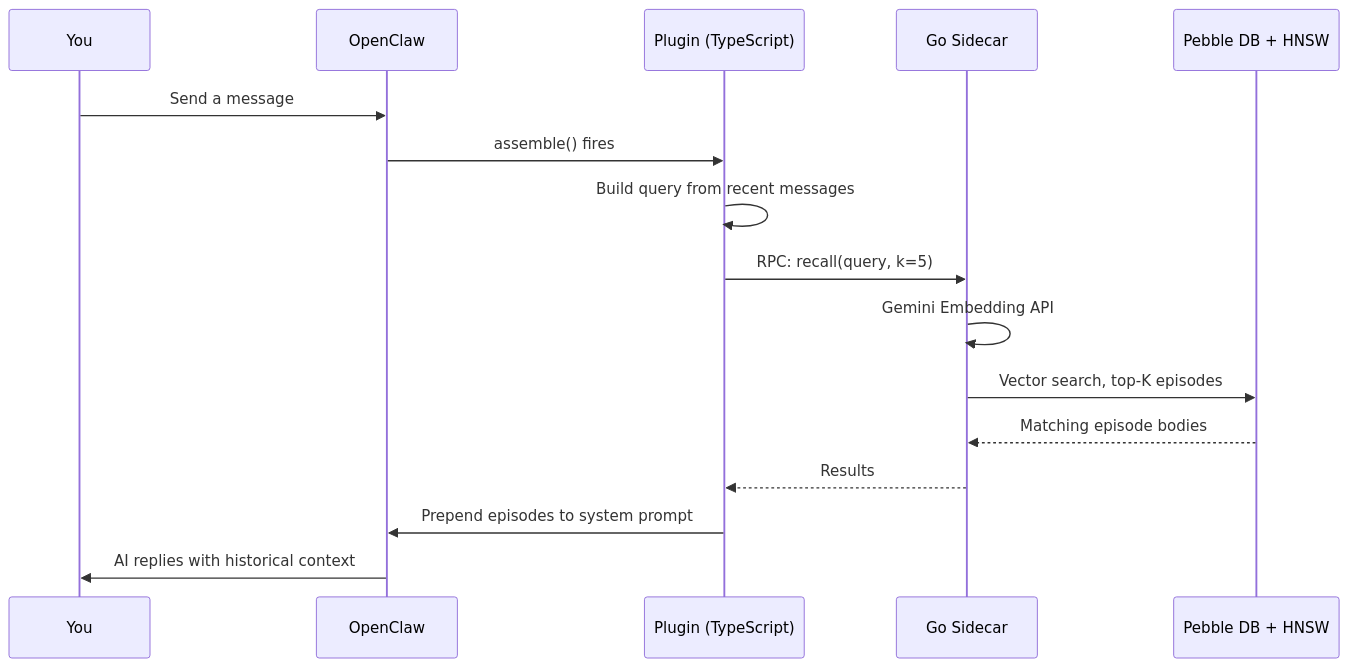
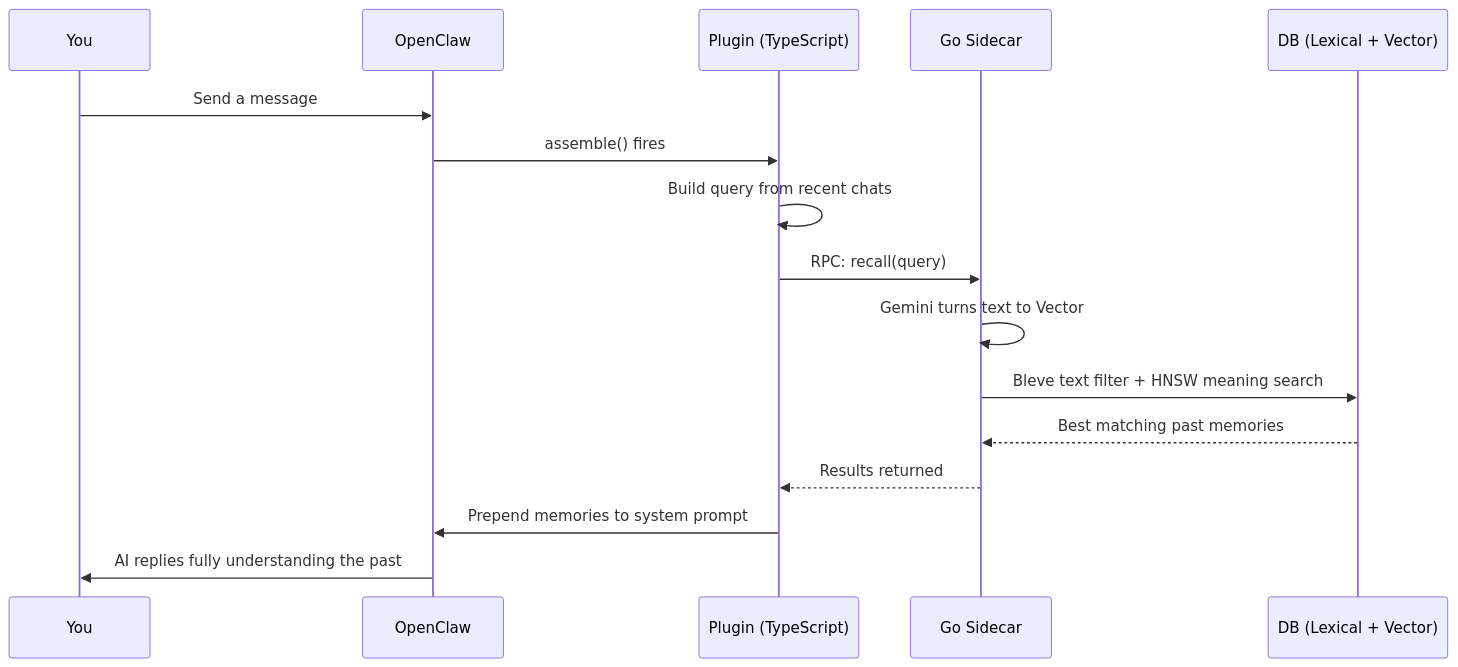
One commit to YoshiaKefasu/episodic-claw changed the diagram in README.md. Above: the diagram before and after it, drawn with Mermaid. The commit also changed other lines of this file and 6 other files, not shown here.

````diff
--- a/README.md
+++ b/README.md
@@ -47,19 +45,19 @@
 ```mermaid
 sequenceDiagram
     participant You
     participant OpenClaw
     participant TS as Plugin (TypeScript)
     participant Go as Go Sidecar
-    participant DB as Pebble DB + HNSW
+    participant DB as DB (Lexical + Vector)
 
     You->>OpenClaw: Send a message
     OpenClaw->>TS: assemble() fires
-    TS->>TS: Build query from recent messages
-    TS->>Go: RPC: recall(query, k=5)
-    Go->>Go: Gemini Embedding API
-    Go->>DB: Vector search, top-K episodes
-    DB-->>Go: Matching episode bodies
-    Go-->>TS: Results
-    TS->>OpenClaw: Prepend episodes to system prompt
-    OpenClaw->>You: AI replies with historical context
+    TS->>TS: Build query from recent chats
+    TS->>Go: RPC: recall(query)
+    Go->>Go: Gemini turns text to Vector
+    Go->>DB: Bleve text filter + HNSW meaning search
+    DB-->>Go: Best matching past memories
+    Go-->>TS: Results returned
+    TS->>OpenClaw: Prepend memories to system prompt
+    OpenClaw->>You: AI replies fully understanding the past
 ```
````
